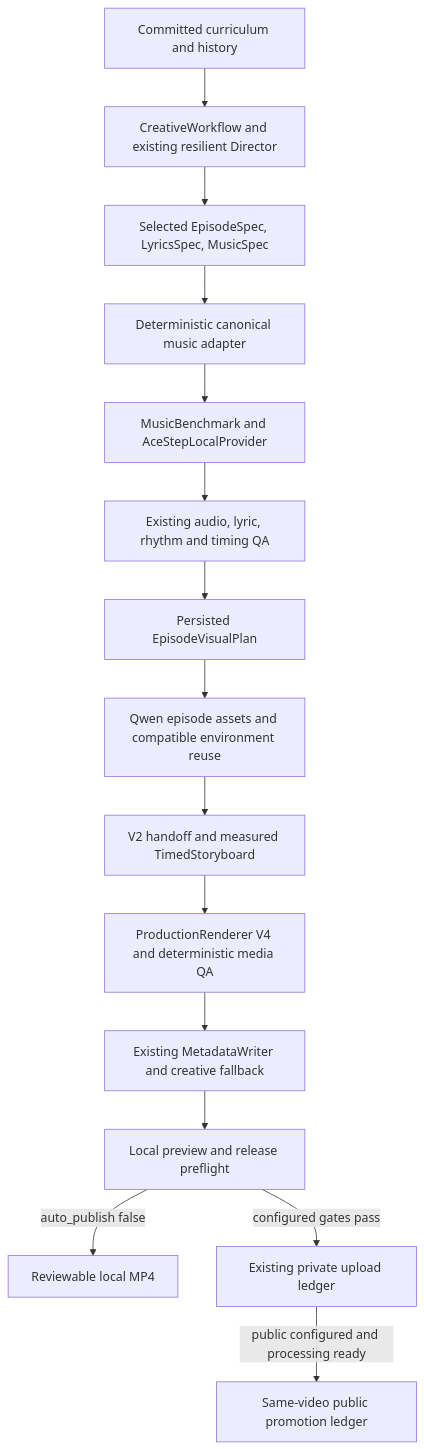
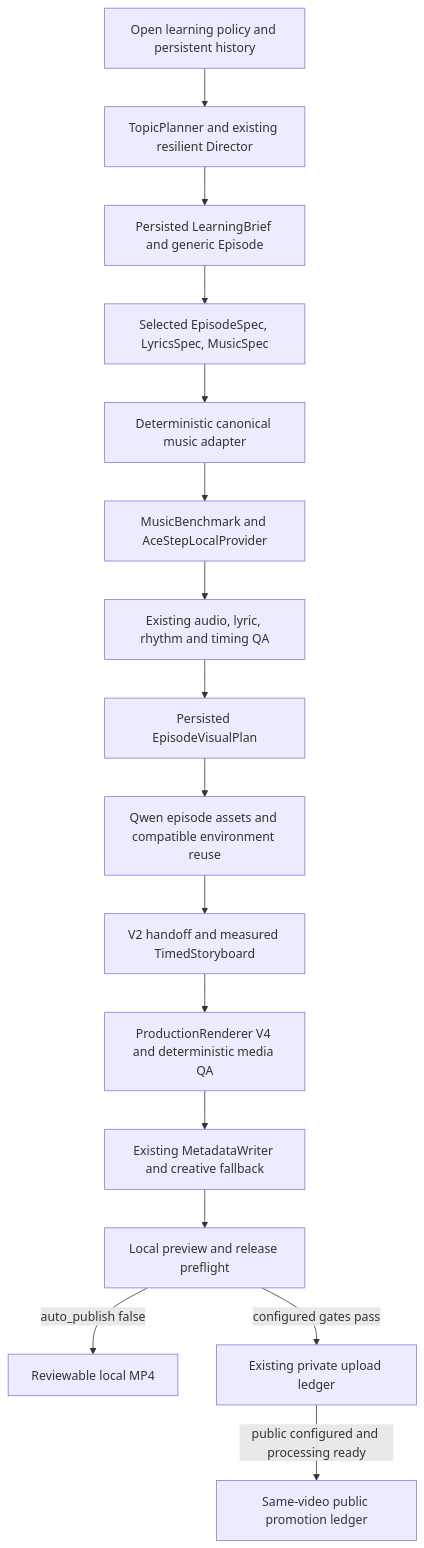
Before and after one commit to egegoktugbozkir35/ToviTunes: the diagram in docs/AUTONOMOUS_SHORT_PIPELINE_V1.md, drawn with Mermaid. The commit also changed other lines of this file and 25 other files, not shown here.

Commit message:
feat: add open editorial planning with durable learning memory

````diff
--- a/docs/AUTONOMOUS_SHORT_PIPELINE_V1.md
+++ b/docs/AUTONOMOUS_SHORT_PIPELINE_V1.md
@@ -8,17 +8,18 @@
 ```mermaid
 flowchart TD
-  H[Committed curriculum and history] --> C[CreativeWorkflow and existing resilient Director]
-  C --> E[Selected EpisodeSpec, LyricsSpec, MusicSpec]
+  H[Open learning policy and persistent history] --> C[TopicPlanner and existing resilient Director]
+  C --> B[Persisted LearningBrief and generic Episode]
+  B --> E[Selected EpisodeSpec, LyricsSpec, MusicSpec]
   E --> A[Deterministic canonical music adapter]
   A --> M[MusicBenchmark and AceStepLocalProvider]
   M --> Q[Existing audio, lyric, rhythm and timing QA]
   Q --> V[Persisted EpisodeVisualPlan]
   V --> I[Qwen episode assets and compatible environment reuse]
   I --> S[V2 handoff and measured TimedStoryboard]
   S --> R[ProductionRenderer V4 and deterministic media QA]
   R --> N[Existing MetadataWriter and creative fallback]
   N --> L[Local preview and release preflight]
   L -->|auto_publish false| P[Reviewable local MP4]
   L -->|configured gates pass| U[Existing private upload ledger]
   U -->|public configured and processing ready| Y[Same-video public promotion ledger]
 ```
````
